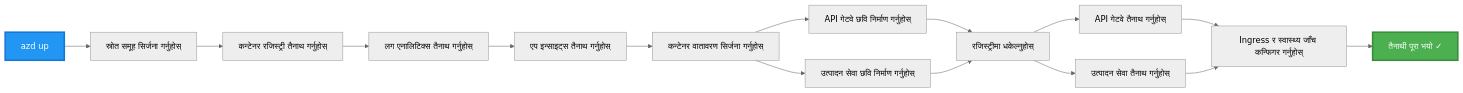
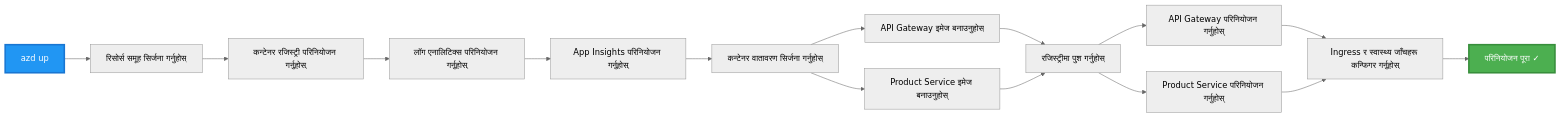
One commit to microsoft/AZD-for-beginners changed the third of 4 diagrams in translations/ne/examples/microservices/README.md. Above: the diagram before and after it, drawn with Mermaid (neutral theme). The commit also changed other lines of this file and 242 other files, not shown here.

````diff
--- a/translations/ne/examples/microservices/README.md
+++ b/translations/ne/examples/microservices/README.md
@@ -242,20 +233,20 @@
 ```mermaid
 graph LR
-    A[azd up] --> B[स्रोत समूह सिर्जना गर्नुहोस्]
-    B --> C[कन्टेनर रजिस्ट्री तैनाथ गर्नुहोस्]
-    C --> D[लग एनालिटिक्स तैनाथ गर्नुहोस्]
-    D --> E[एप इन्साइट्स तैनाथ गर्नुहोस्]
+    A[azd up] --> B[रिसोर्स समूह सिर्जना गर्नुहोस्]
+    B --> C[कन्टेनर रजिस्ट्री परिनियोजन गर्नुहोस्]
+    C --> D[लॉग एनालिटिक्स परिनियोजन गर्नुहोस्]
+    D --> E[App Insights परिनियोजन गर्नुहोस्]
     E --> F[कन्टेनर वातावरण सिर्जना गर्नुहोस्]
-    F --> G[API गेटवे छवि निर्माण गर्नुहोस्]
-    F --> H[उत्पादन सेवा छवि निर्माण गर्नुहोस्]
-    G --> I[रजिस्ट्रीमा धकेल्नुहोस्]
+    F --> G[API Gateway इमेज बनाउनुहोस्]
+    F --> H[Product Service इमेज बनाउनुहोस्]
+    G --> I[रजिस्ट्रीमा पुश गर्नुहोस्]
     H --> I
-    I --> J[API गेटवे तैनाथ गर्नुहोस्]
-    I --> K[उत्पादन सेवा तैनाथ गर्नुहोस्]
-    J --> L[Ingress र स्वास्थ्य जाँच कन्फिगर गर्नुहोस्]
+    I --> J[API Gateway परिनियोजन गर्नुहोस्]
+    I --> K[Product Service परिनियोजन गर्नुहोस्]
+    J --> L[Ingress र स्वास्थ्य जाँचहरू कन्फिगर गर्नुहोस्]
     K --> L
-    L --> M[तैनाथी पूरा भयो ✓]
+    L --> M[परिनियोजन पूरा ✓]
     
     style A fill:#2196F3,stroke:#1976D2,stroke-width:3px,color:#fff
     style M fill:#4CAF50,stroke:#388E3C,stroke-width:3px,color:#fff
 ```
````
